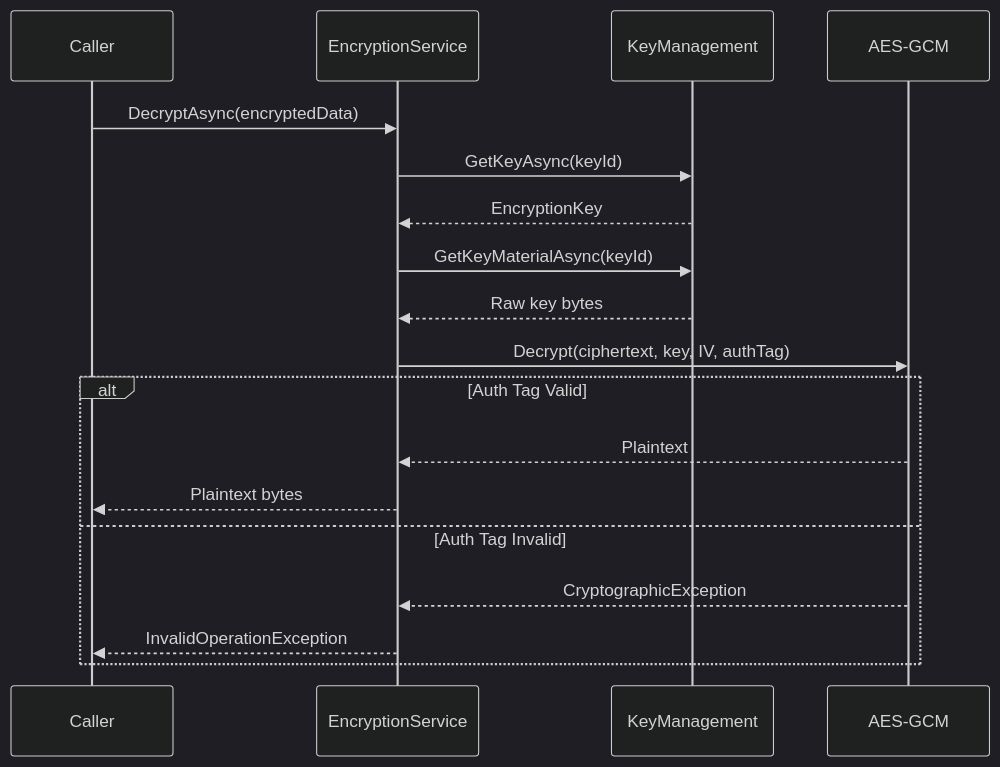
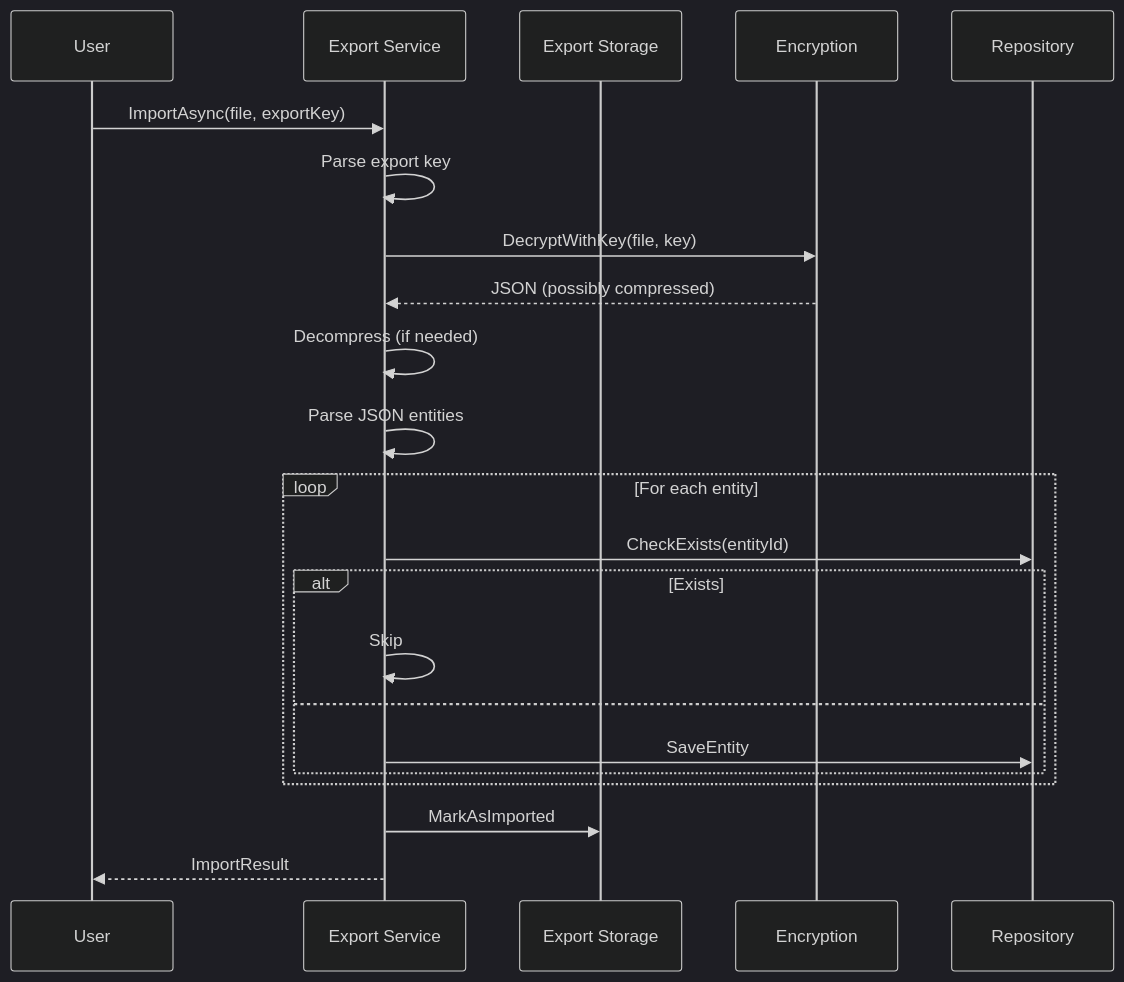
One commit to southpawriter02/lexichord changed the second of 2 diagrams in docs/specs/v0.11.x/v0.11.3/LCS-DES-v0.11.3-SEC-f.md. Above: the diagram before and after it, drawn with Mermaid (dark theme). The commit also changed other lines of this file and 74 other files, not shown here.

````diff
--- a/docs/specs/v0.11.x/v0.11.3/LCS-DES-v0.11.3-SEC-f.md
+++ b/docs/specs/v0.11.x/v0.11.3/LCS-DES-v0.11.3-SEC-f.md
@@ -668,21 +932,25 @@
 ```mermaid
 sequenceDiagram
-    participant Caller
-    participant EncService as EncryptionService
-    participant KeyMgmt as KeyManagement
-    participant Crypto as AES-GCM
+    participant User
+    participant Export as Export Service
+    participant Storage as Export Storage
+    participant Enc as Encryption
+    participant Repo as Repository
 
-    Caller->>EncService: DecryptAsync(encryptedData)
-    EncService->>KeyMgmt: GetKeyAsync(keyId)
-    KeyMgmt-->>EncService: EncryptionKey
-    EncService->>KeyMgmt: GetKeyMaterialAsync(keyId)
-    KeyMgmt-->>EncService: Raw key bytes
-    EncService->>Crypto: Decrypt(ciphertext, key, IV, authTag)
-    alt Auth Tag Valid
-        Crypto-->>EncService: Plaintext
-        EncService-->>Caller: Plaintext bytes
-    else Auth Tag Invalid
-        Crypto-->>EncService: CryptographicException
-        EncService-->>Caller: InvalidOperationException
+    User->>Export: ImportAsync(file, exportKey)
+    Export->>Export: Parse export key
+    Export->>Enc: DecryptWithKey(file, key)
+    Enc-->>Export: JSON (possibly compressed)
+    Export->>Export: Decompress (if needed)
+    Export->>Export: Parse JSON entities
+    loop For each entity
+        Export->>Repo: CheckExists(entityId)
+        alt Exists
+            Export->>Export: Skip
+        else
+            Export->>Repo: SaveEntity
+        end
     end
+    Export->>Storage: MarkAsImported
+    Export-->>User: ImportResult
 ```
````
